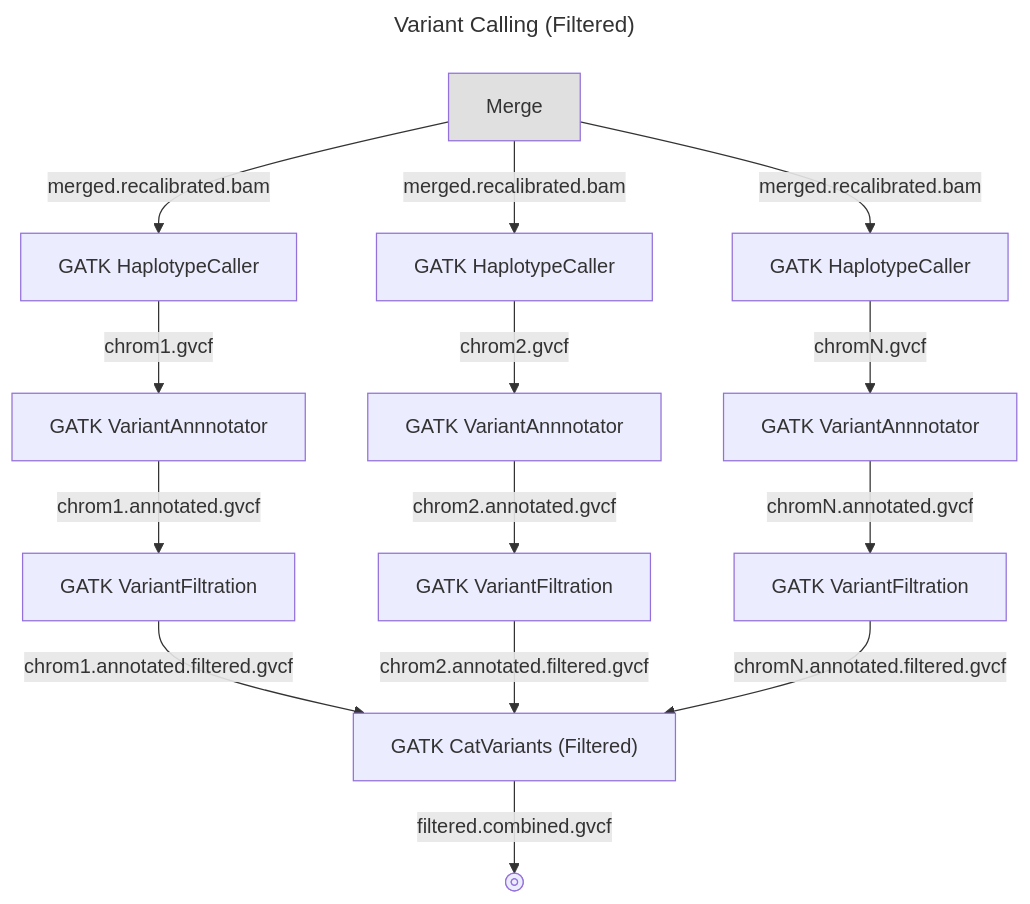
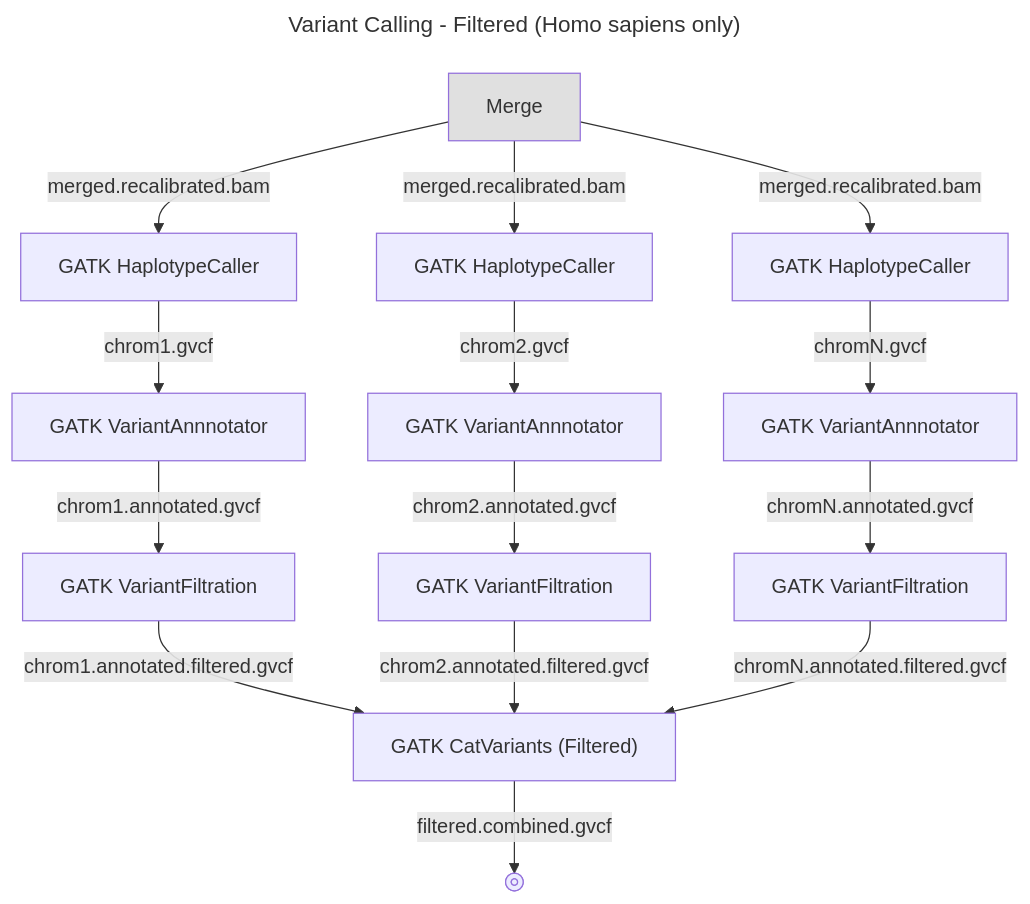
The seventh of 8 diagrams in README.MD (NorthwestGenomicsCenter/nwgc-nf-shortread-dna-seq), drawn with Mermaid before and after one commit. The commit also changed other lines of this file, not shown here.

Commit message:
README.MD - Polymorhpic QC chart

````diff
--- a/README.MD
+++ b/README.MD
@@ -170,21 +170,21 @@
 ```mermaid
 ---
-title: Variant Calling (Filtered)
+title: Variant Calling - Filtered (Homo sapiens only)
 ---
 flowchart TD
     A["Merge"] -- "merged.recalibrated.bam" --> B
     style A fill:#E0E0E0
     B["GATK HaplotypeCaller"] -- "chrom1.gvcf" --> C
     C["GATK VariantAnnnotator"] -- "chrom1.annotated.gvcf" --> D
     D["GATK VariantFiltration"] -- "chrom1.annotated.filtered.gvcf" --> K
     A -- "merged.recalibrated.bam" --> E
     E["GATK HaplotypeCaller"] -- "chrom2.gvcf" --> F
     F["GATK VariantAnnnotator"] -- "chrom2.annotated.gvcf" --> G
     G["GATK VariantFiltration"] -- "chrom2.annotated.filtered.gvcf" --> K
     A -- "merged.recalibrated.bam" --> H
     H["GATK HaplotypeCaller"] -- "chromN.gvcf" --> I
     I["GATK VariantAnnnotator"] -- "chromN.annotated.gvcf" --> J
     J["GATK VariantFiltration"] -- "chromN.annotated.filtered.gvcf" --> K
     K["GATK CatVariants (Filtered)"] -- "filtered.combined.gvcf" --> L
     L@{shape: fr-circ}
  ```
````
